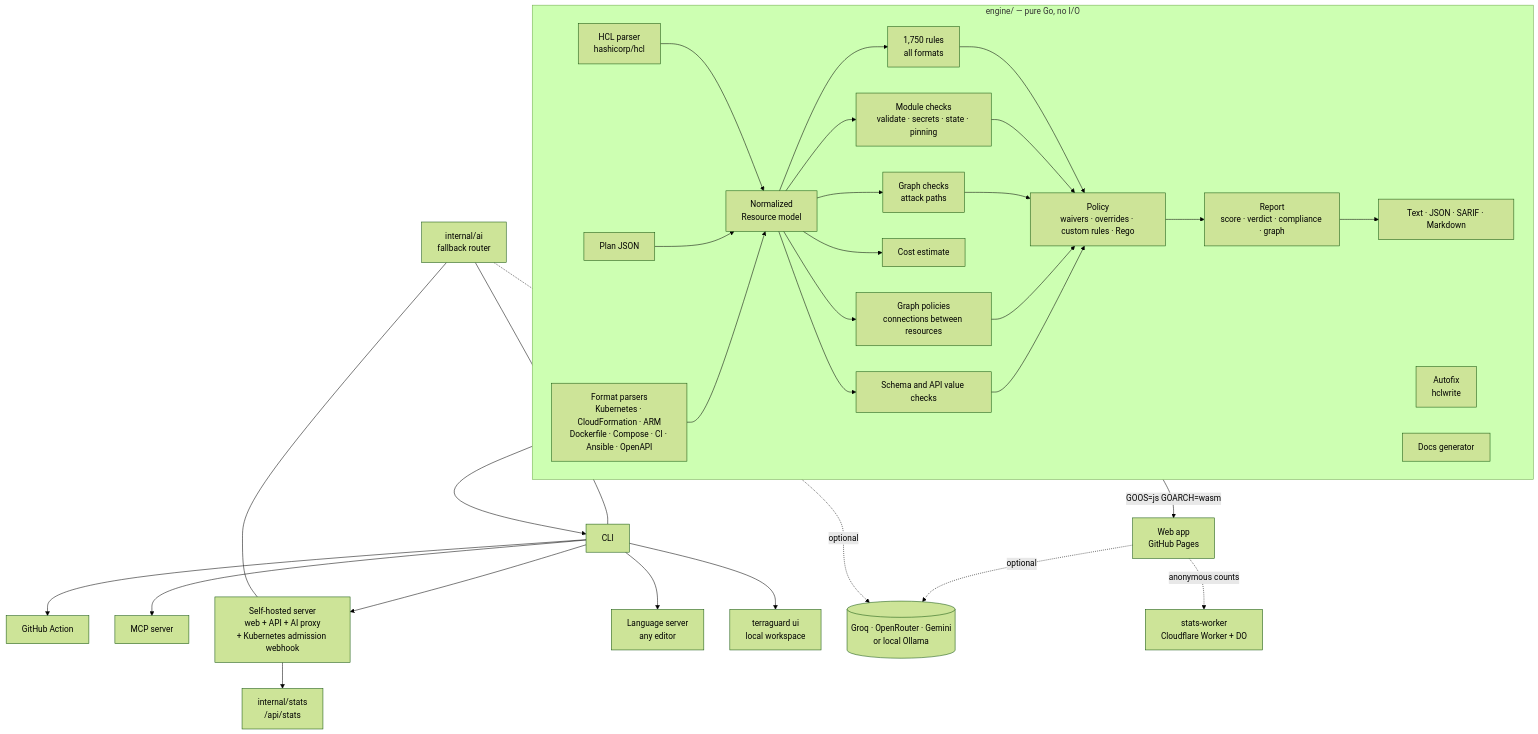
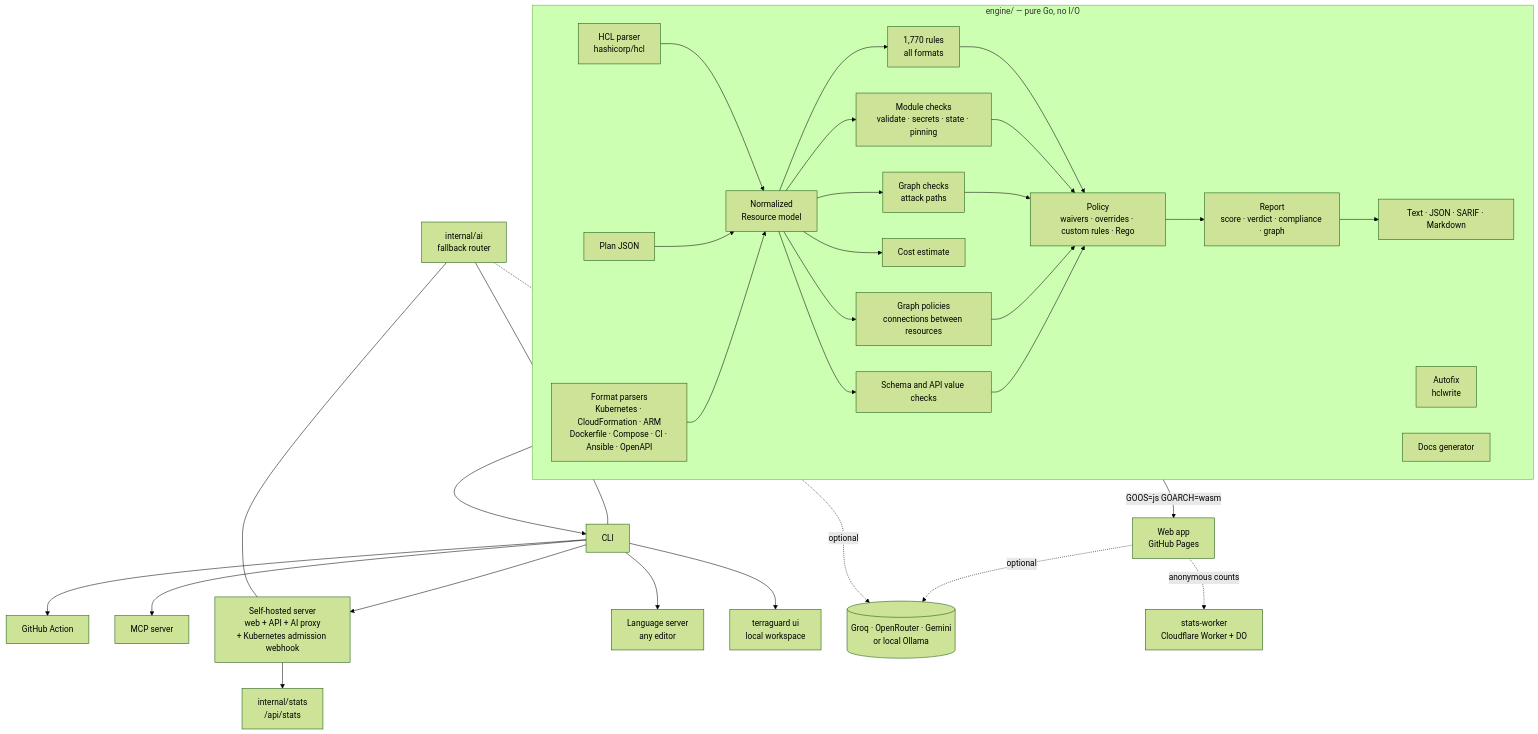
One commit to Karthik-099/TERRAGUARD changed the first of 13 diagrams in docs/ARCHITECTURE.md. Above: the diagram before and after it, drawn with Mermaid (forest theme). The commit also changed other lines of this file and 64 other files, not shown here.

````diff
--- a/docs/ARCHITECTURE.md
+++ b/docs/ARCHITECTURE.md
@@ -65,35 +65,35 @@
 ```mermaid
 flowchart TB
   subgraph Engine["engine/ — pure Go, no I/O"]
     direction LR
     P[HCL parser<br/>hashicorp/hcl] --> N[Normalized<br/>Resource model]
     PL[Plan JSON] --> N
     FP[Format parsers<br/>Kubernetes · CloudFormation · ARM<br/>Dockerfile · Compose · CI · Ansible · OpenAPI] --> N
-    N --> R[1,750 rules<br/>all formats]
+    N --> R[1,770 rules<br/>all formats]
     N --> GP[Graph policies<br/>connections between resources]
     N --> V[Schema and API value checks]
     N --> COST[Cost estimate]
     N --> M[Module checks<br/>validate · secrets · state · pinning]
     N --> G[Graph checks<br/>attack paths]
     R & M & G & GP & V --> POL[Policy<br/>waivers · overrides · custom rules · Rego]
     POL --> REP[Report<br/>score · verdict · compliance · graph]
     REP --> FMT[Text · JSON · SARIF · Markdown]
     FX[Autofix<br/>hclwrite]
     DOC[Docs generator]
   end
 
   Engine -- GOOS=js GOARCH=wasm --> WEB[Web app<br/>GitHub Pages]
   Engine --> CLI[CLI]
   CLI --> ACT[GitHub Action]
   CLI --> MCP[MCP server]
   CLI --> SRV[Self-hosted server<br/>web + API + AI proxy<br/>+ Kubernetes admission webhook]
   CLI --> LSP[Language server<br/>any editor]
   CLI --> UI[terraguard ui<br/>local workspace]
 
   AIR[internal/ai<br/>fallback router] --- CLI
   AIR --- SRV
   WEB -. optional .-> LLM[(Groq · OpenRouter · Gemini<br/>or local Ollama)]
   AIR -. optional .-> LLM
   WEB -. anonymous counts .-> SW[stats-worker<br/>Cloudflare Worker + DO]
   SRV --> ST[internal/stats<br/>/api/stats]
 ```
````
